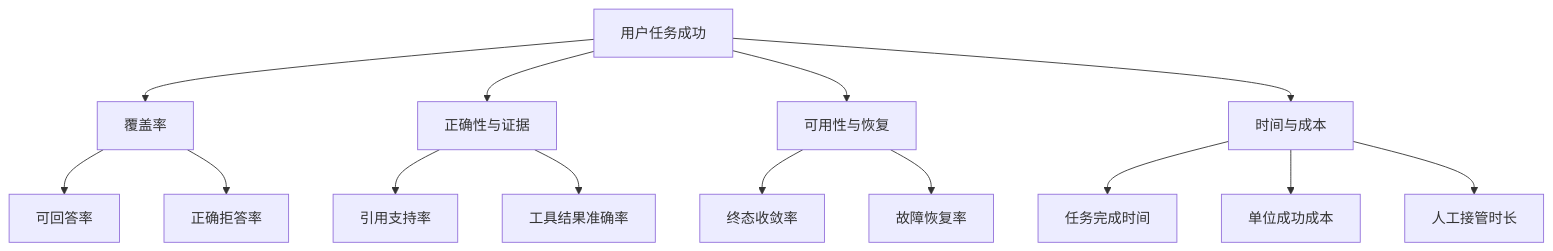
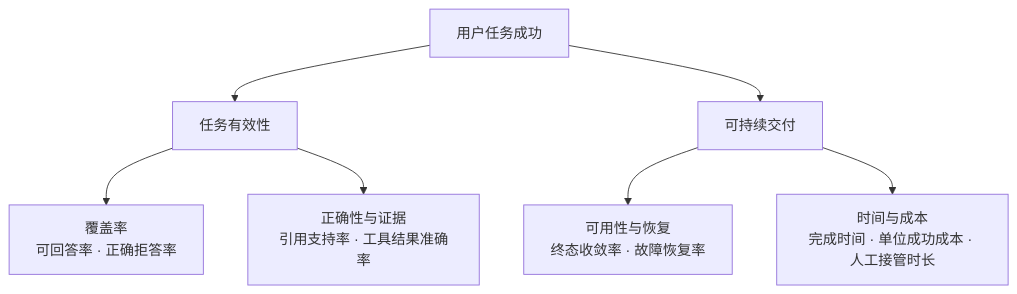
The sixth of 7 diagrams in docs/part-07-advanced/ch37-demo-to-product.md (wujinjun/ai-agent-book), drawn with Mermaid before and after one commit. The commit also changed other lines of this file and 536 other files, not shown here.

````diff
--- a/docs/part-07-advanced/ch37-demo-to-product.md
+++ b/docs/part-07-advanced/ch37-demo-to-product.md
@@ -214,19 +218,12 @@
 ```mermaid
 %% id: agent-product-metric-tree
 %% title: Agent 产品价值指标树
-%% alt: 用户任务成功由覆盖率正确性可用性和效率共同决定，并分别下钻到拒答引用工具成功延迟成本与人工接管
+%% alt: 用户任务成功分为任务有效性与可持续交付两组，再分别下钻到覆盖率正确性可用性和效率及其诊断指标
 flowchart TD
-    Value[用户任务成功] --> Coverage[覆盖率]
-    Value --> Correctness[正确性与证据]
-    Value --> Reliability[可用性与恢复]
-    Value --> Efficiency[时间与成本]
-    Coverage --> Answered[可回答率]
-    Coverage --> Abstain[正确拒答率]
-    Correctness --> Citation[引用支持率]
-    Correctness --> Tool[工具结果准确率]
-    Reliability --> Terminal[终态收敛率]
-    Reliability --> Recovery[故障恢复率]
-    Efficiency --> Latency[任务完成时间]
-    Efficiency --> UnitCost[单位成功成本]
-    Efficiency --> Human[人工接管时长]
+    Value[用户任务成功] --> Effective[任务有效性]
+    Value --> Sustainable[可持续交付]
+    Effective --> Coverage["覆盖率<br/>可回答率 · 正确拒答率"]
+    Effective --> Correctness["正确性与证据<br/>引用支持率 · 工具结果准确率"]
+    Sustainable --> Reliability["可用性与恢复<br/>终态收敛率 · 故障恢复率"]
+    Sustainable --> Efficiency["时间与成本<br/>完成时间 · 单位成功成本 · 人工接管时长"]
 ```
````
